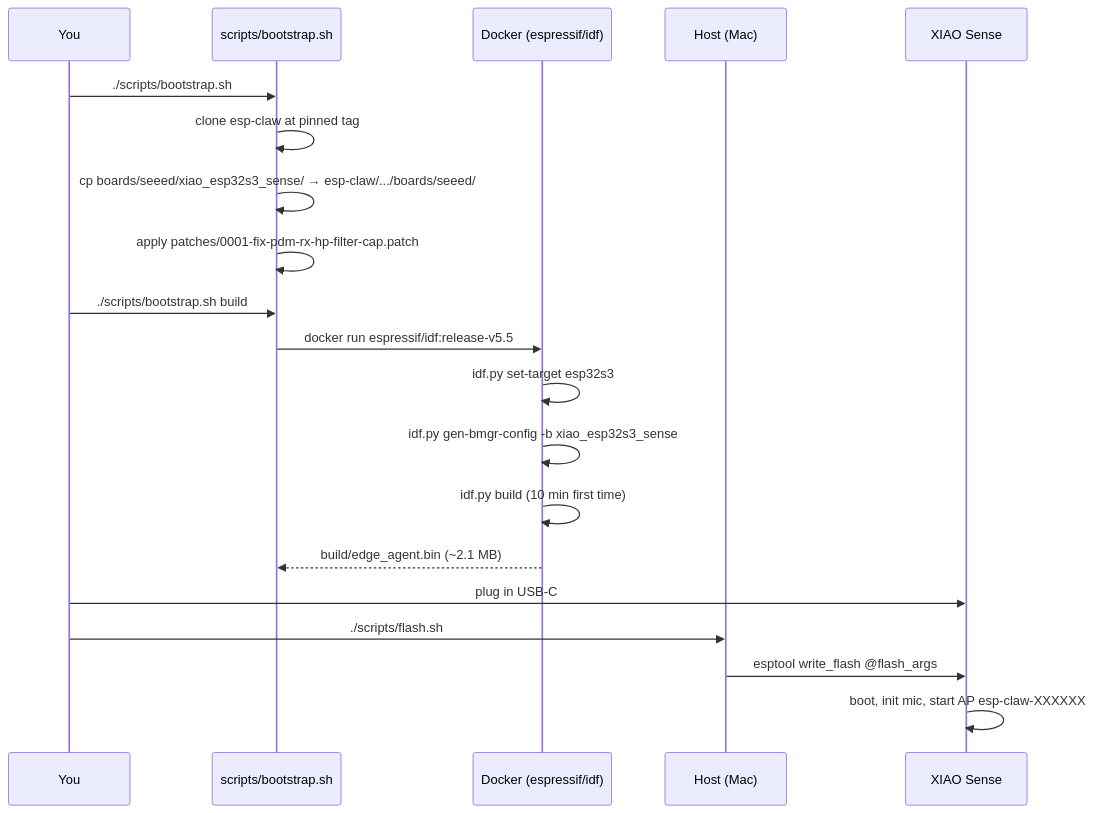
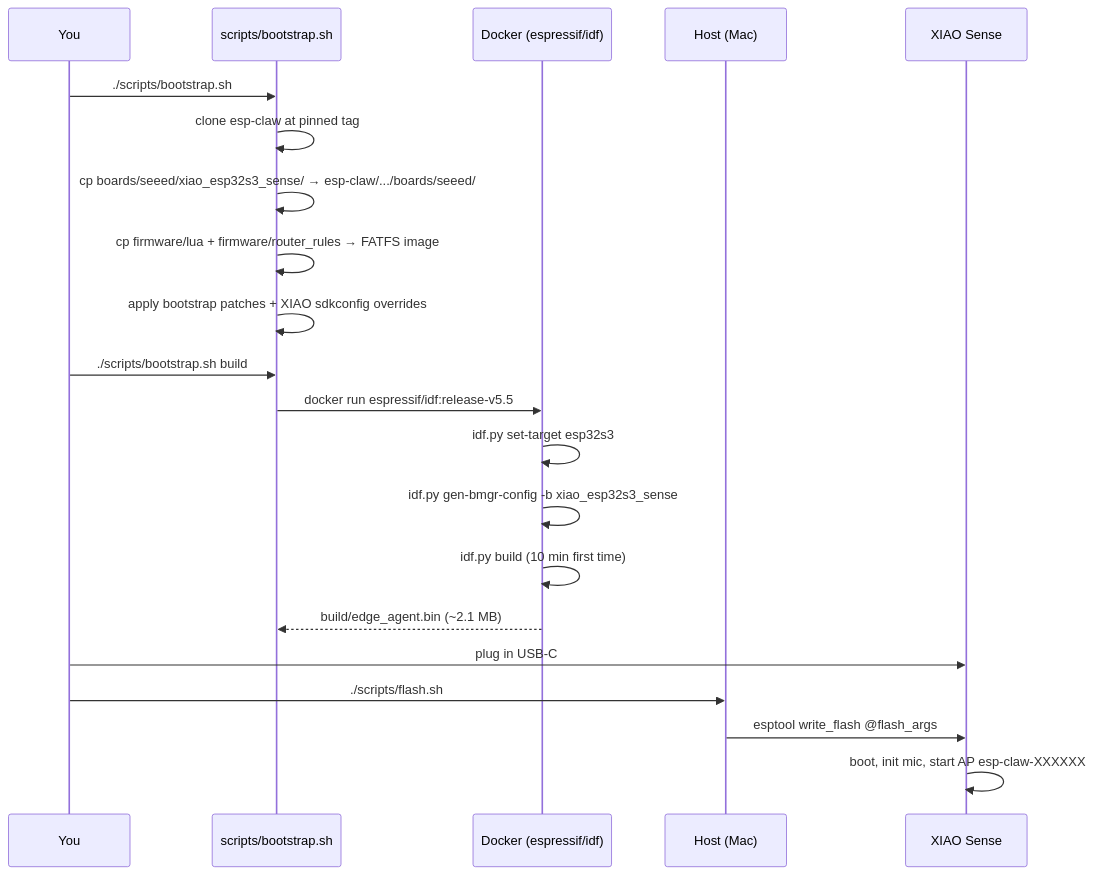
The diagram in docs/BUILD.md (PascalAI2024/JarvisNano), drawn with Mermaid before and after one commit. The commit also changed other lines of this file and 43 other files, not shown here.

````diff
--- a/docs/BUILD.md
+++ b/docs/BUILD.md
@@ -32,23 +36,24 @@
 ```mermaid
 sequenceDiagram
     participant U as You
     participant B as scripts/bootstrap.sh
     participant D as Docker (espressif/idf)
     participant H as Host (Mac)
     participant X as XIAO Sense
 
     U->>B: ./scripts/bootstrap.sh
     B->>B: clone esp-claw at pinned tag
     B->>B: cp boards/seeed/xiao_esp32s3_sense/ → esp-claw/.../boards/seeed/
-    B->>B: apply patches/0001-fix-pdm-rx-hp-filter-cap.patch
+    B->>B: cp firmware/lua + firmware/router_rules → FATFS image
+    B->>B: apply bootstrap patches + XIAO sdkconfig overrides
     U->>B: ./scripts/bootstrap.sh build
     B->>D: docker run espressif/idf:release-v5.5
     D->>D: idf.py set-target esp32s3
     D->>D: idf.py gen-bmgr-config -b xiao_esp32s3_sense
     D->>D: idf.py build (10 min first time)
     D-->>B: build/edge_agent.bin (~2.1 MB)
     U->>X: plug in USB-C
     U->>H: ./scripts/flash.sh
     H->>X: esptool write_flash @flash_args
     X->>X: boot, init mic, start AP esp-claw-XXXXXX
 ```
````
